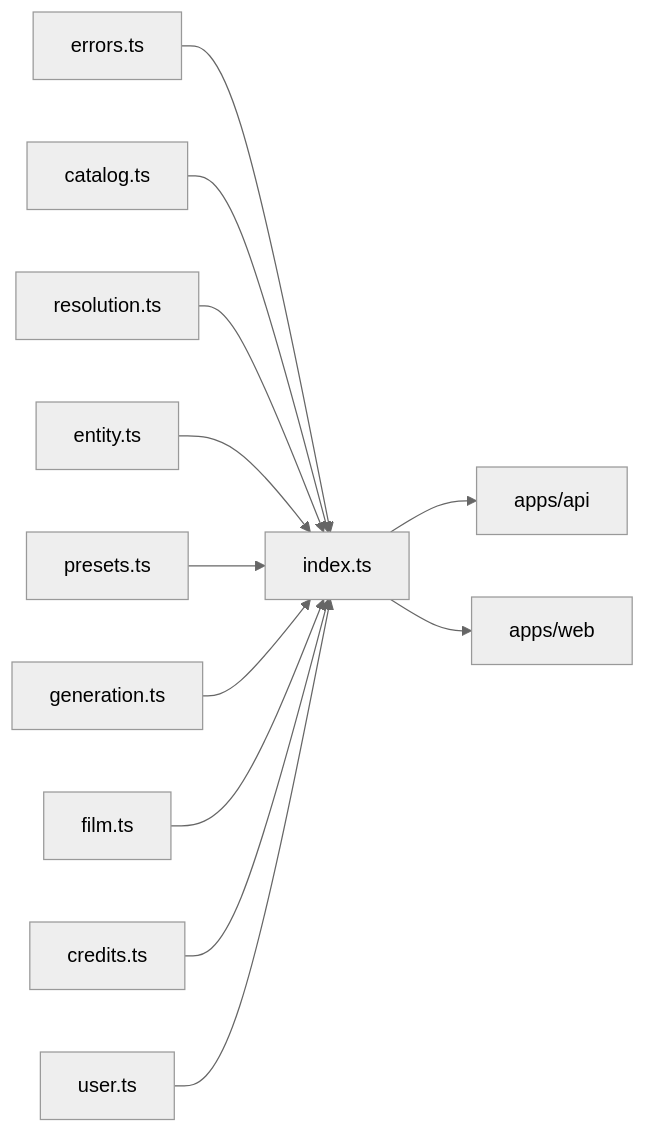
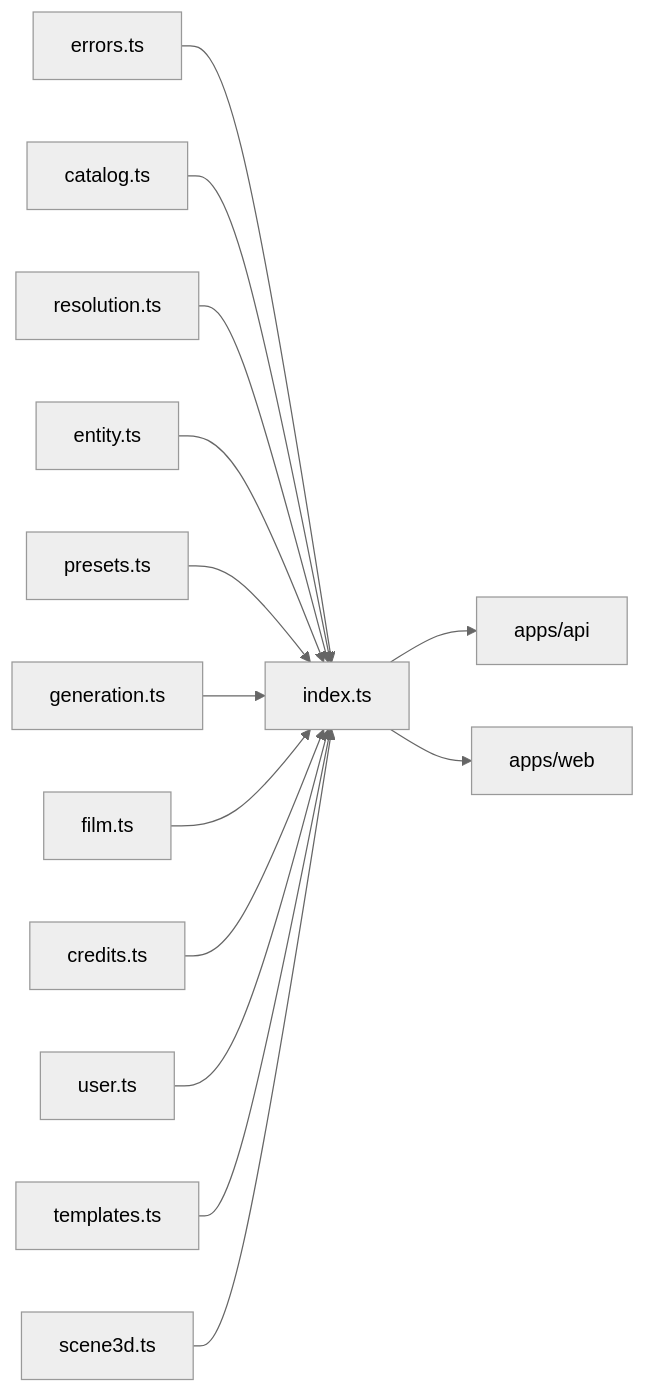
One commit to AzamatRaimbekov2/openCreate changed the diagram in packages/contracts/src/index.ts.md. Above: the diagram before and after it, drawn with Mermaid (neutral theme). The commit also changed other lines of this file and 4 other files, not shown here.

````diff
--- a/packages/contracts/src/index.ts.md
+++ b/packages/contracts/src/index.ts.md
@@ -19,14 +19,16 @@
 ```mermaid
 flowchart LR
   E[errors.ts] --> IDX[index.ts]
   C[catalog.ts] --> IDX
   R[resolution.ts] --> IDX
   EN[entity.ts] --> IDX
   P[presets.ts] --> IDX
   G[generation.ts] --> IDX
   F[film.ts] --> IDX
   CR[credits.ts] --> IDX
   U[user.ts] --> IDX
+  T[templates.ts] --> IDX
+  S3[scene3d.ts] --> IDX
   IDX --> API[apps/api]
   IDX --> WEB[apps/web]
 ```
````
